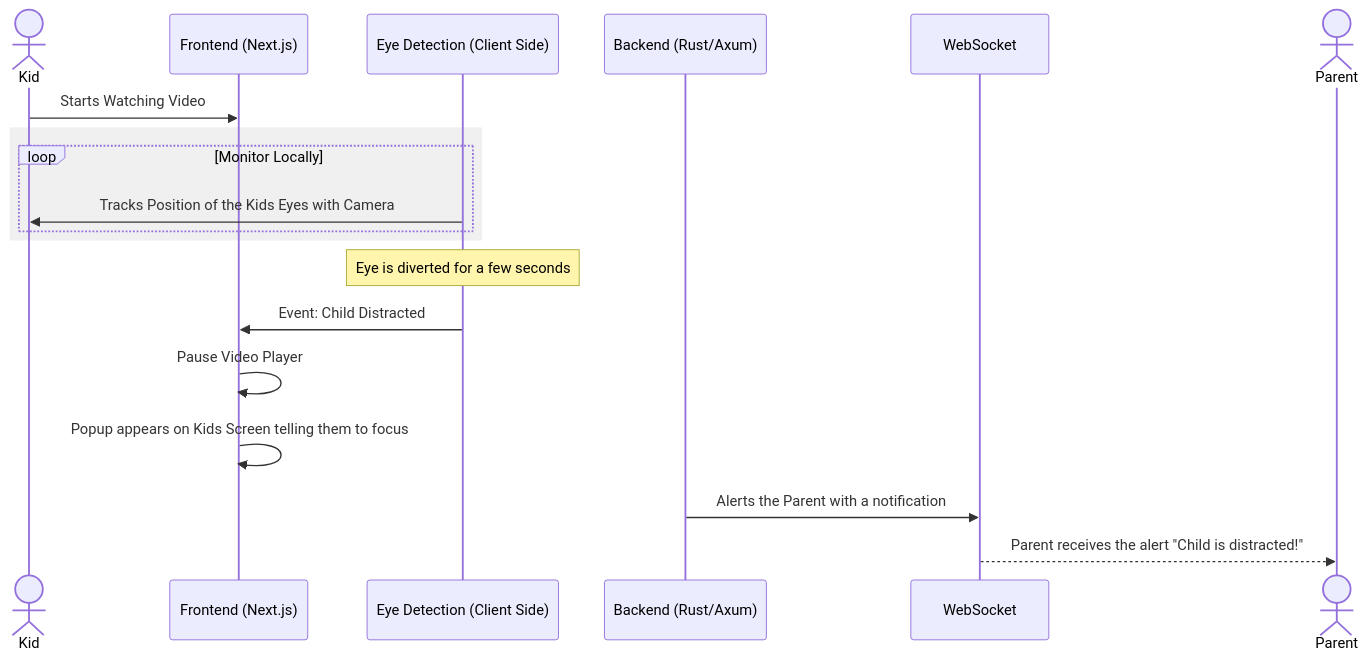
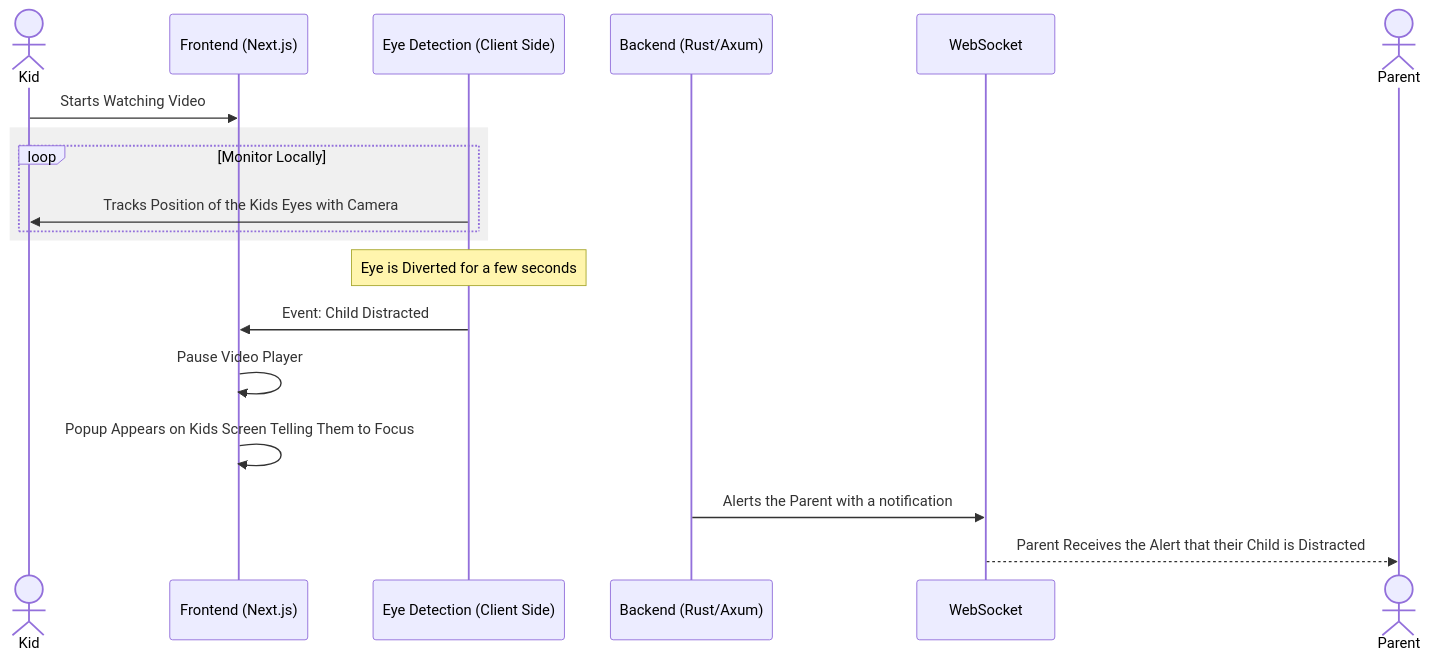
One commit to Capstone-Projects-2026-spring/piggyback-learning-2 changed the second of 5 diagrams in documentation/docs/requirements/use-case-descriptions.md. Above: the diagram before and after it, drawn with Mermaid. The commit also changed other lines of this file, not shown here.

````diff
--- a/documentation/docs/requirements/use-case-descriptions.md
+++ b/documentation/docs/requirements/use-case-descriptions.md
@@ -71,27 +71,27 @@
 ```mermaid
 sequenceDiagram
     actor Kid
     participant WebApp as Frontend (Next.js)
     participant Eye as Eye Detection (Client Side)
     participant API as Backend (Rust/Axum)
     participant WS as WebSocket
     actor Parent
 
     Kid->>WebApp: Starts Watching Video
       rect rgb(240, 240, 240)
       loop Monitor Locally
           Eye->>Kid: Tracks Position of the Kids Eyes with Camera
       end
     end
 
-    Note over Eye: Eye is diverted for a few seconds
+    Note over Eye: Eye is Diverted for a few seconds
     Eye->>WebApp: Event: Child Distracted
     
     WebApp->>WebApp: Pause Video Player
-    WebApp->>WebApp: Popup appears on Kids Screen telling them to focus
+    WebApp->>WebApp: Popup Appears on Kids Screen Telling Them to Focus
     
 
     API->>WS: Alerts the Parent with a notification
-    WS-->>Parent: Parent receives the alert "Child is distracted!"
+    WS-->>Parent: Parent Receives the Alert that their Child is Distracted
 
 ```
````
